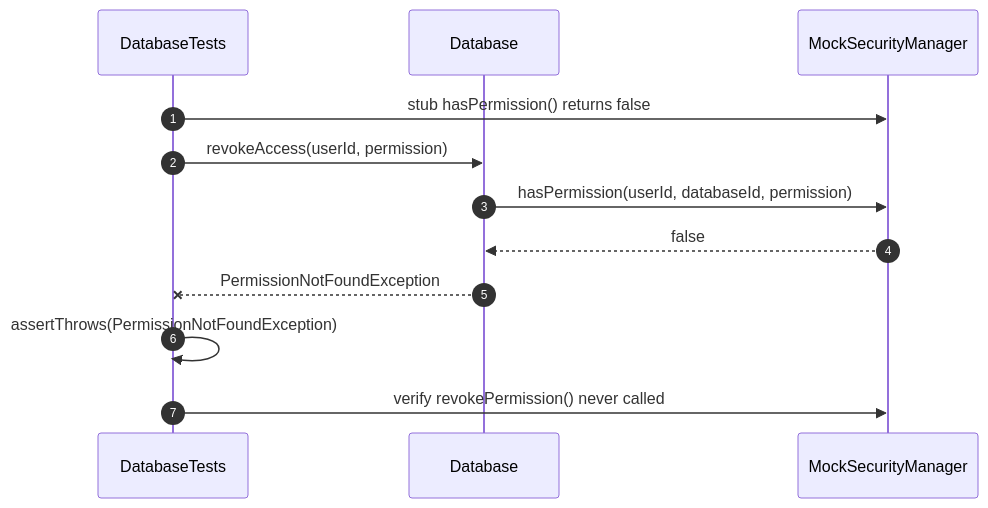
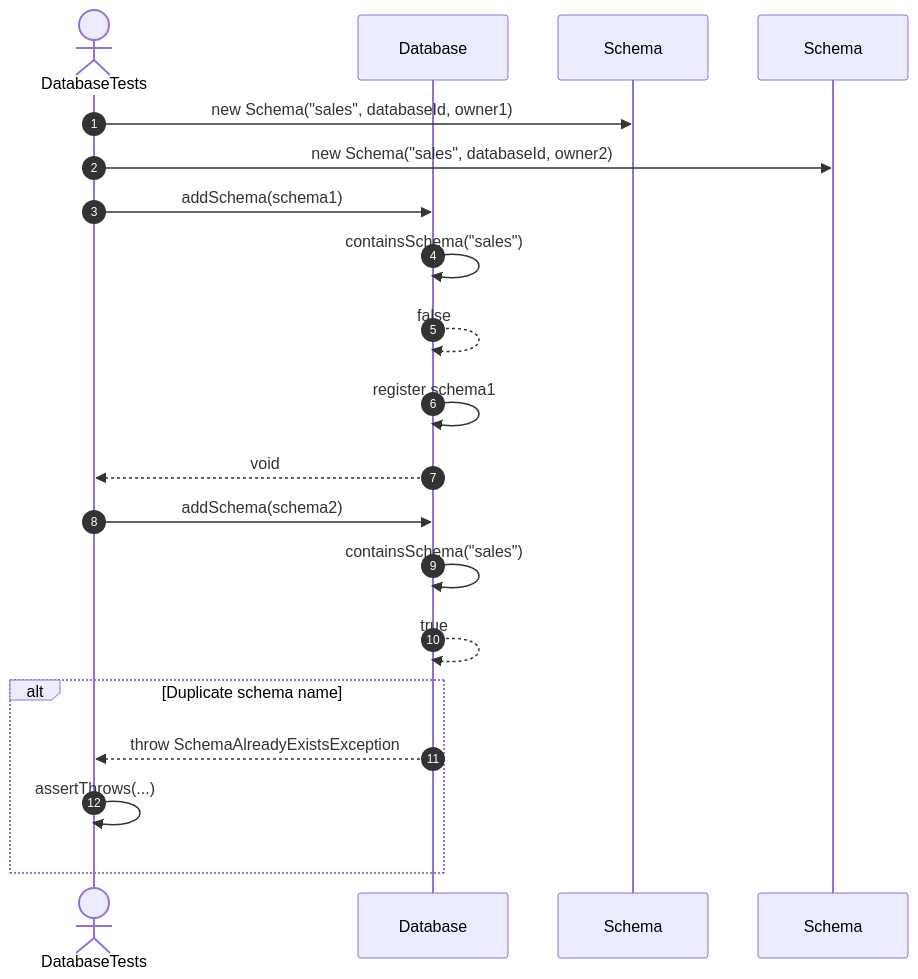
Before and after one commit to FhuAnn/-bbv-AN-s-DBMS: diagram 15 of 41 in src/tests/unit/database/sequences/database-testing.se.md, drawn with Mermaid. The commit also changed other lines of this file and 60 other files, not shown here.

````diff
--- a/src/tests/unit/database/sequences/database-testing.se.md
+++ b/src/tests/unit/database/sequences/database-testing.se.md
@@ -362,19 +394,27 @@
 ```mermaid
 sequenceDiagram
     autonumber
 
-    participant Test as DatabaseTests
-    participant Database
-    participant Security as MockSecurityManager
+    actor Test as DatabaseTests
+    participant DB as Database
+    participant S1 as Schema
+    participant S2 as Schema
 
-    Test->>Security: stub hasPermission() returns false
-    Test->>Database: revokeAccess(userId, permission)
+    Test->>S1: new Schema("sales", databaseId, owner1)
+    Test->>S2: new Schema("sales", databaseId, owner2)
 
-    Database->>Security: hasPermission(userId, databaseId, permission)
-    Security-->>Database: false
+    Test->>DB: addSchema(schema1)
+    DB->>DB: containsSchema("sales")
+    DB-->>DB: false
+    DB->>DB: register schema1
+    DB-->>Test: void
 
-    Database--xTest: PermissionNotFoundException
+    Test->>DB: addSchema(schema2)
+    DB->>DB: containsSchema("sales")
+    DB-->>DB: true
 
-    Test->>Test: assertThrows(PermissionNotFoundException)
-    Test->>Security: verify revokePermission() never called
+    alt Duplicate schema name
+        DB-->>Test: throw SchemaAlreadyExistsException
+        Test->>Test: assertThrows(...)
+    end
 ```
````
